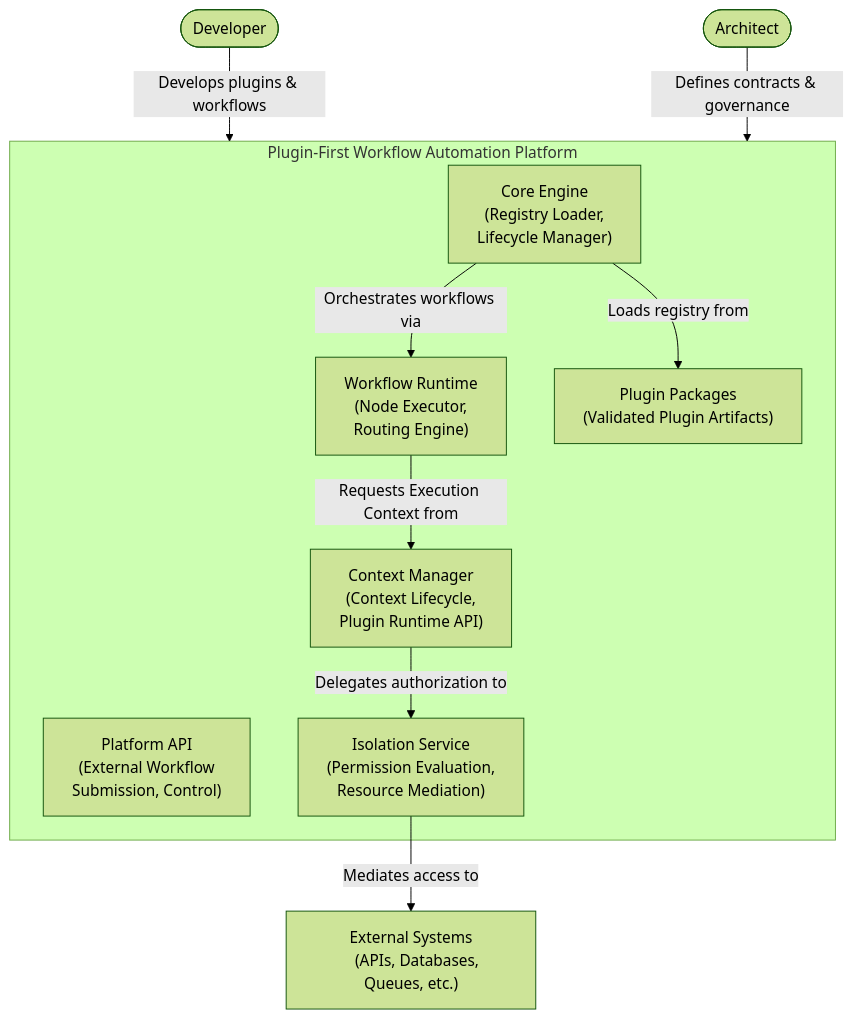
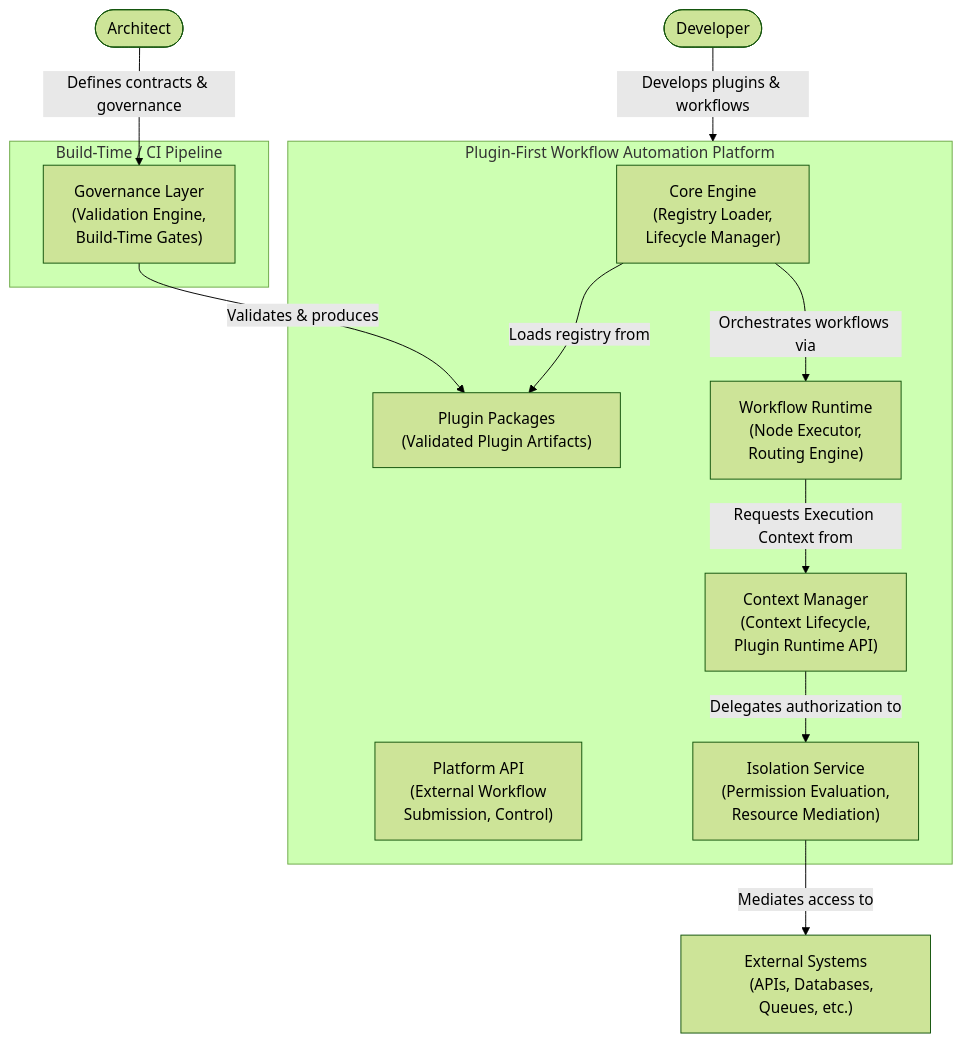
The diagram in docs/architecture/c4/level-1-container.md (camercadop/agentic-workflow-automation-platform), drawn with Mermaid (forest theme) before and after one commit. The commit also changed 8 other files, not shown here.

Commit message:
docs: add C4 Level 2 diagrams for Context Manager, Core Engine, Development Agents, Governance Layer, Isolation Service, Platform API, Plugin Packages, and Workflow Runtime

````diff
--- a/docs/architecture/c4/level-1-container.md
+++ b/docs/architecture/c4/level-1-container.md
@@ -3,46 +3,56 @@
 ```mermaid
 flowchart TD
 
     Dev([Developer])
     Arch([Architect])
 
     subgraph PFA["Plugin-First Workflow Automation Platform"]
 
         CE["Core Engine
         (Registry Loader,
         Lifecycle Manager)"]
 
         WR["Workflow Runtime
         (Node Executor,
         Routing Engine)"]
 
         PP["Plugin Packages
         (Validated Plugin Artifacts)"]
 
         CM["Context Manager
         (Context Lifecycle,
         Plugin Runtime API)"]
 
         PS["Platform API
         (External Workflow
         Submission, Control)"]
 
         IS["Isolation Service
         (Permission Evaluation,
         Resource Mediation)"]
 
     end
 
+    subgraph CICD["Build-Time / CI Pipeline"]
+
+        GV["Governance Layer
+        (Validation Engine,
+        Build-Time Gates)"]
+
+    end
+
     EXT["External Systems
     (APIs, Databases, Queues, etc.)"]
 
     Dev -->|Develops plugins & workflows| PFA
-    Arch -->|Defines contracts & governance| PFA
+    Arch -->|Defines contracts & governance| GV
+
+    GV -->|Validates & produces| PP
 
     CE -->|Loads registry from| PP
     CE -->|Orchestrates workflows via| WR
 
     WR -->|Requests Execution Context from| CM
     CM -->|Delegates authorization to| IS
     IS -->|Mediates access to| EXT
 ```
````
